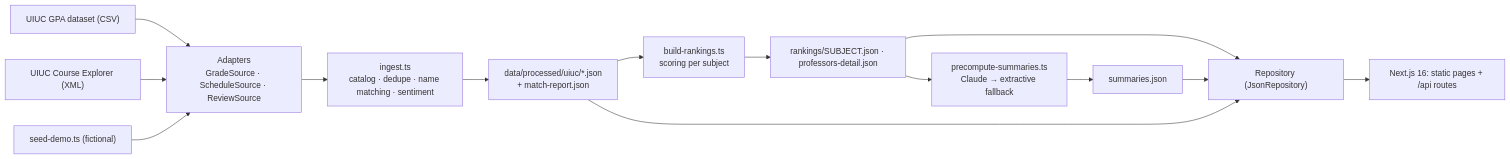
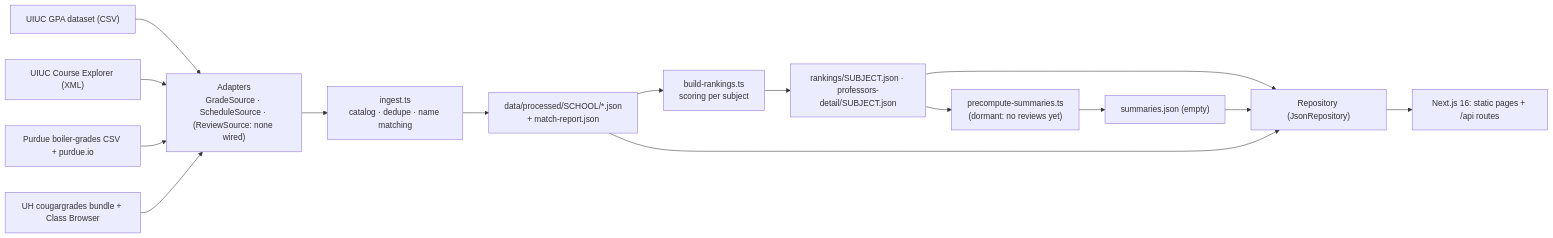
Before and after one commit to W3313/openseat: the diagram in README.md, drawn with Mermaid. The commit also changed other lines of this file and 256 other files, not shown here.

Commit message:
Remove demo, UT Dallas and UC Santa Barbara; ship UIUC, Purdue, Houston with real data

````diff
--- a/README.md
+++ b/README.md
@@ -57,14 +40,15 @@
 ```mermaid
 flowchart LR
-  GPA["UIUC GPA dataset (CSV)"] --> A["Adapters<br/>GradeSource · ScheduleSource · ReviewSource"]
+  GPA["UIUC GPA dataset (CSV)"] --> A["Adapters<br/>GradeSource · ScheduleSource · (ReviewSource: none wired)"]
   CE["UIUC Course Explorer (XML)"] --> A
-  SEED["seed-demo.ts (fictional)"] --> A
-  A --> ING["ingest.ts<br/>catalog · dedupe · name matching · sentiment"]
-  ING --> P["data/processed/uiuc/*.json<br/>+ match-report.json"]
+  PU["Purdue boiler-grades CSV + purdue.io"] --> A
+  UH["UH cougargrades bundle + Class Browser"] --> A
+  A --> ING["ingest.ts<br/>catalog · dedupe · name matching"]
+  ING --> P["data/processed/SCHOOL/*.json<br/>+ match-report.json"]
   P --> RANK["build-rankings.ts<br/>scoring per subject"]
-  RANK --> R["rankings/SUBJECT.json · professors-detail.json"]
-  R --> SUM["precompute-summaries.ts<br/>Claude → extractive fallback"]
-  SUM --> S["summaries.json"]
+  RANK --> R["rankings/SUBJECT.json · professors-detail/SUBJECT.json"]
+  R --> SUM["precompute-summaries.ts<br/>(dormant: no reviews yet)"]
+  SUM --> S["summaries.json (empty)"]
   R & S & P --> REPO["Repository (JsonRepository)"]
   REPO --> APP["Next.js 16: static pages + /api routes"]
 ```
````
